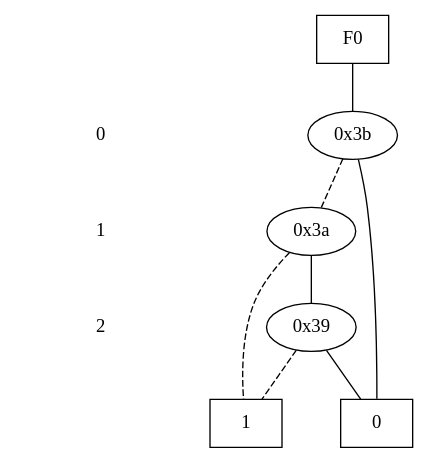
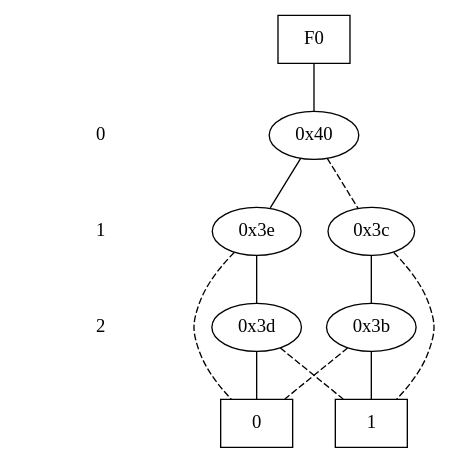
The diagram in bdd/graph.dot (brewmaster011/bdd_generator), drawn with Graphviz before and after one commit. The commit also changed 5 other files, not shown here.

```diff
--- a/bdd/graph.dot
+++ b/bdd/graph.dot
@@ -1,35 +1,41 @@
 digraph "DD" {
 size = "7.5,10"
 center = true;
 edge [dir = none];
 { node [shape = plaintext];
   edge [style = invis];
   "CONST NODES" [style = invis];
 " 0 " -> " 1 " -> " 2 " -> "CONST NODES"; 
 }
 { rank = same; node [shape = box]; edge [style = invis];
 "F0"; }
 { rank = same; " 0 ";
-"0x3b";
+"0x40";
 }
 { rank = same; " 1 ";
-"0x3a";
+"0x3c";
+"0x3e";
 }
 { rank = same; " 2 ";
-"0x39";
+"0x3d";
+"0x3b";
 }
 { rank = same; "CONST NODES";
 { node [shape = box]; "0x26";
 "0x25";
 }
 }
-"F0" -> "0x3b" [style = solid];
-"0x3b" -> "0x26";
-"0x3b" -> "0x3a" [style = dashed];
-"0x3a" -> "0x39";
-"0x3a" -> "0x25" [style = dashed];
-"0x39" -> "0x26";
-"0x39" -> "0x25" [style = dashed];
+"F0" -> "0x40" [style = solid];
+"0x40" -> "0x3e";
+"0x40" -> "0x3c" [style = dashed];
+"0x3c" -> "0x3b";
+"0x3c" -> "0x25" [style = dashed];
+"0x3e" -> "0x3d";
+"0x3e" -> "0x26" [style = dashed];
+"0x3d" -> "0x26";
+"0x3d" -> "0x25" [style = dashed];
+"0x3b" -> "0x25";
+"0x3b" -> "0x26" [style = dashed];
 "0x26" [label = "0"];
 "0x25" [label = "1"];
 }
```
